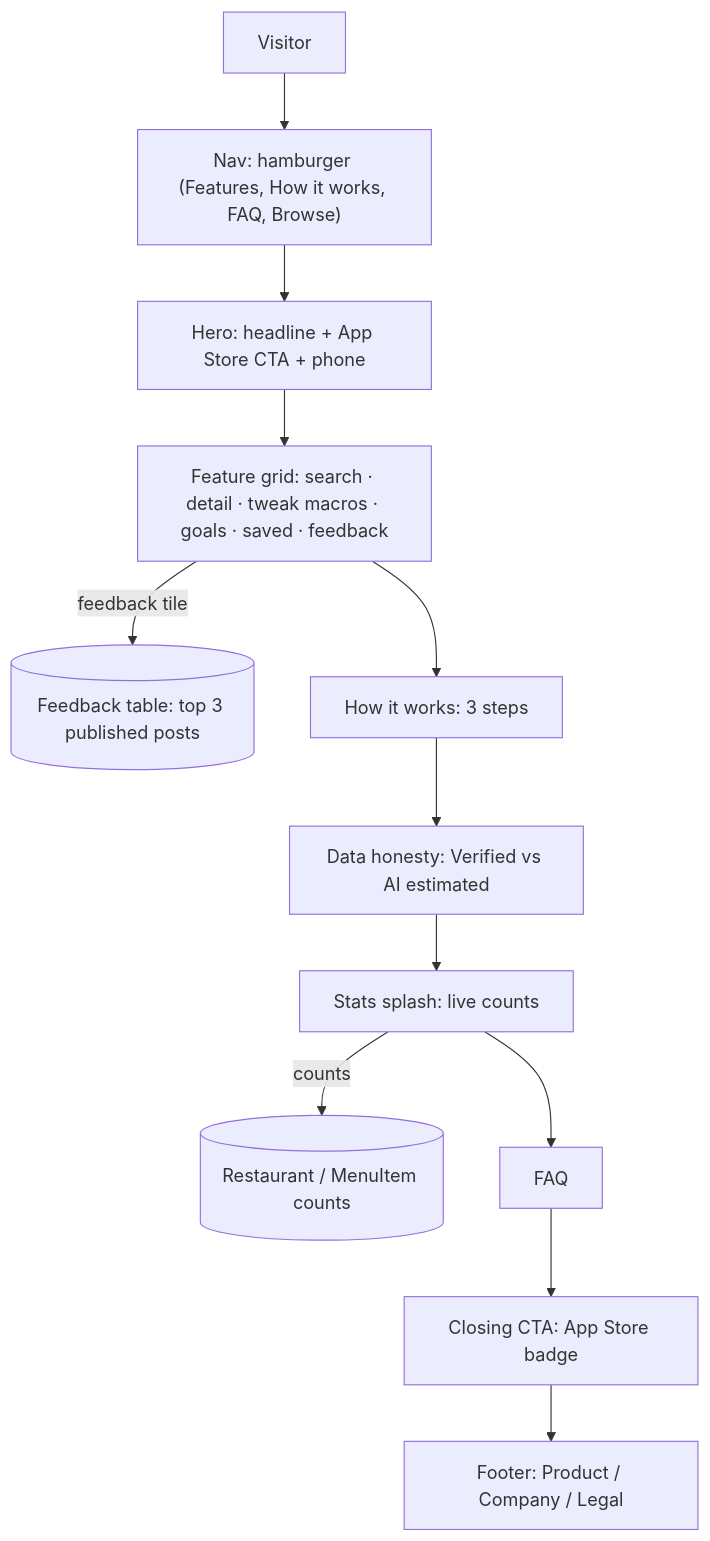
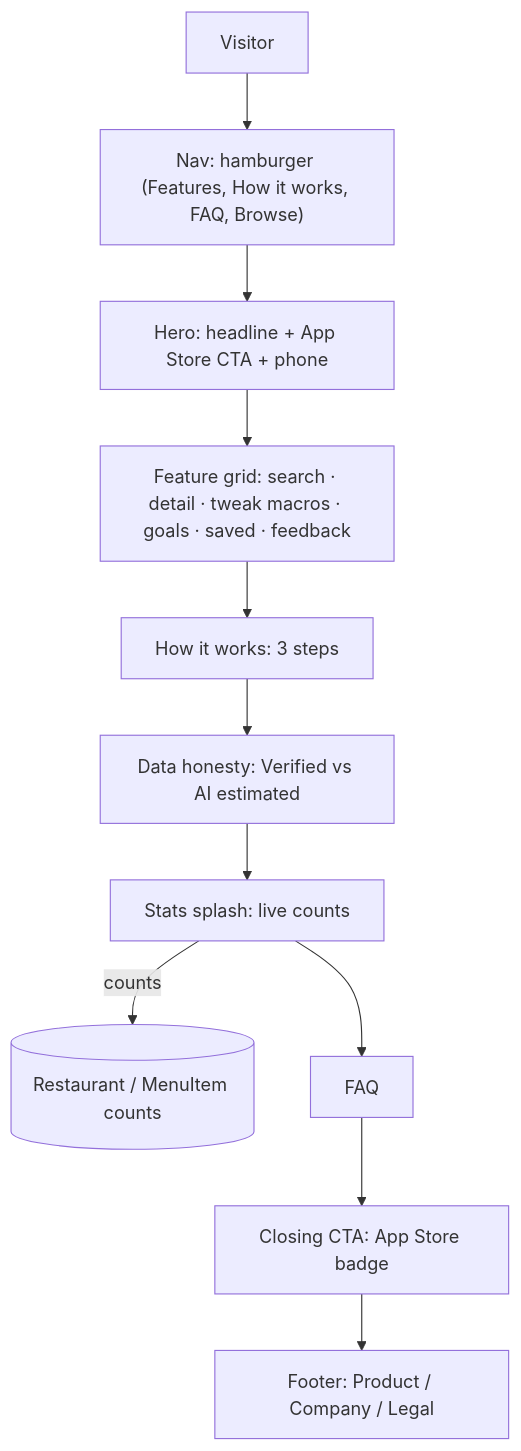
Before and after one commit to dgmolla/fitsy: the diagram in docs/product/specs/landing-page.md, drawn with Mermaid. The commit also changed other lines of this file and 2 other files, not shown here.

First line of the commit message:
fix(landing): no user posts on the public page; detail tile re-sorts by fit

````diff
--- a/docs/product/specs/landing-page.md
+++ b/docs/product/specs/landing-page.md
@@ -43,14 +43,13 @@
 ```mermaid
 flowchart TD
     V[Visitor] --> Nav["Nav: hamburger (Features, How it works, FAQ, Browse)"]
     Nav --> Hero["Hero: headline + App Store CTA + phone"]
     Hero --> Grid["Feature grid: search · detail · tweak macros · goals · saved · feedback"]
-    Grid -->|"feedback tile"| DB[("Feedback table: top 3 published posts")]
     Grid --> How["How it works: 3 steps"]
     How --> Trust["Data honesty: Verified vs AI estimated"]
     Trust --> Stats["Stats splash: live counts"]
     Stats -->|"counts"| DB2[("Restaurant / MenuItem counts")]
     Stats --> FAQ["FAQ"]
     FAQ --> Closing["Closing CTA: App Store badge"]
     Closing --> Footer["Footer: Product / Company / Legal"]
 ```
````
